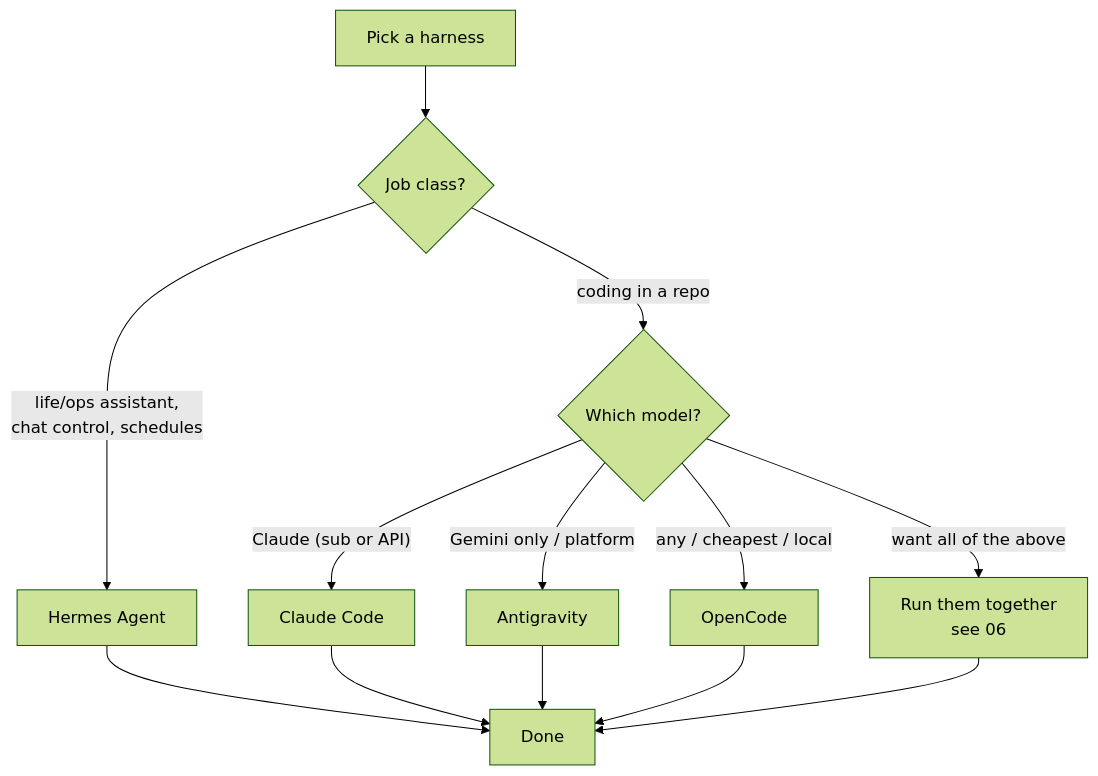
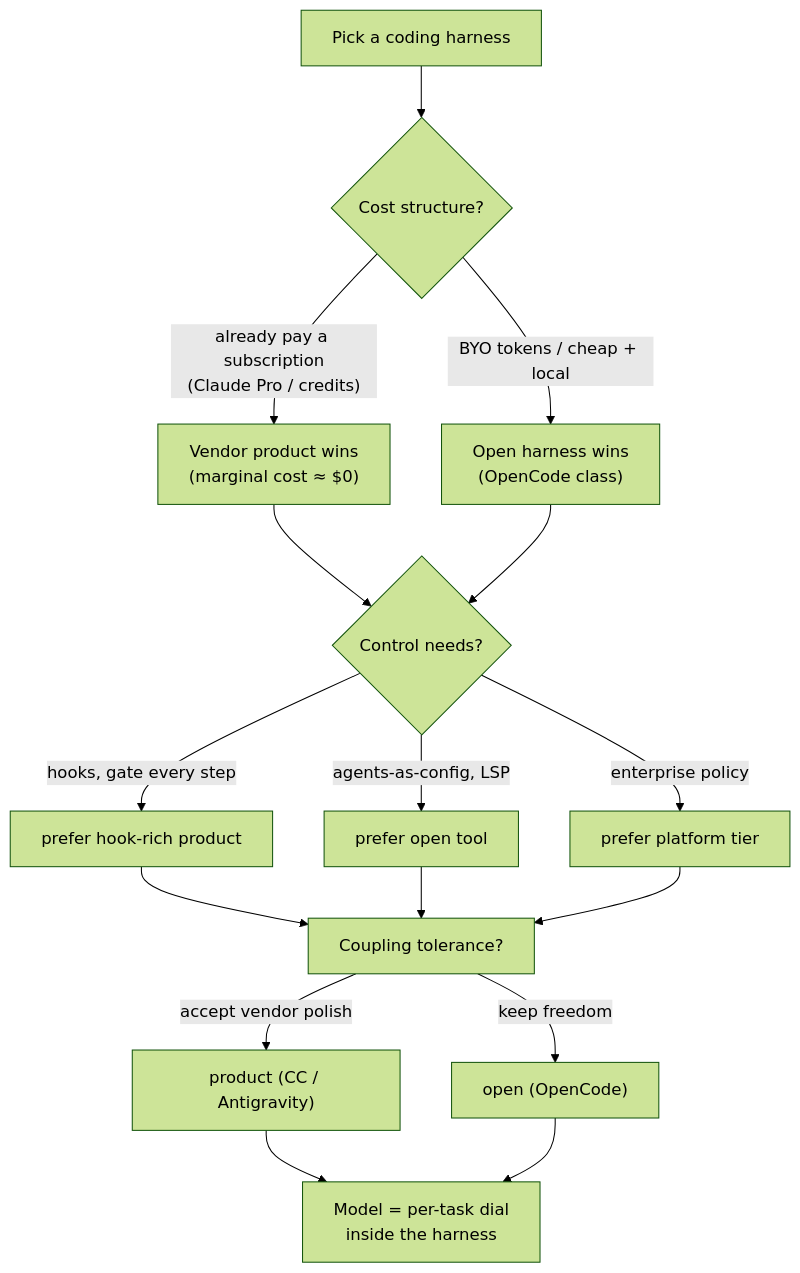
Before and after one commit to azimshaik/harness-architecture: the first of 2 diagrams in docs/05-comparison.md, drawn with Mermaid (forest theme). The commit also changed other lines of this file and 1 other file, not shown here.

Commit message:
Doc 05: replace model-diamond with two-lens decision framework (individual cost→control→coupling→model dial; enterprise governance→procurement→platform→catalog)

````diff
--- a/docs/05-comparison.md
+++ b/docs/05-comparison.md
@@ -40,15 +44,16 @@
 ```mermaid
 flowchart TD
-    START["Pick a harness"] --> Q1{"Job class?"}
-    Q1 -->|"life/ops assistant,<br/>chat control, schedules"| H["Hermes Agent"]
-    Q1 -->|"coding in a repo"| Q2{"Which model?"}
-    Q2 -->|"Claude (sub or API)"| CC["Claude Code"]
-    Q2 -->|"Gemini only / platform"| AG["Antigravity"]
-    Q2 -->|"any / cheapest / local"| OC["OpenCode"]
-    Q2 -->|"want all of the above"| MIX["Run them together<br/>see 06"]
-    H --> DONE["Done"]
-    CC --> DONE
-    AG --> DONE
-    OC --> DONE
-    MIX --> DONE
+    A["Pick a coding harness"] --> B{"Cost structure?"}
+    B -->|"already pay a subscription<br/>(Claude Pro / credits)"| P["Vendor product wins<br/>(marginal cost ≈ $0)"]
+    B -->|"BYO tokens / cheap + local"| O["Open harness wins<br/>(OpenCode class)"]
+    P --> C{"Control needs?"}
+    O --> C
+    C -->|"hooks, gate every step"| H["prefer hook-rich product"]
+    C -->|"agents-as-config, LSP"| AG["prefer open tool"]
+    C -->|"enterprise policy"| E["prefer platform tier"]
+    H & AG & E --> D["Coupling tolerance?"]
+    D -->|"accept vendor polish"| V["product (CC / Antigravity)"]
+    D -->|"keep freedom"| F["open (OpenCode)"]
+    V --> M["Model = per-task dial<br/>inside the harness"]
+    F --> M
 ```
````
